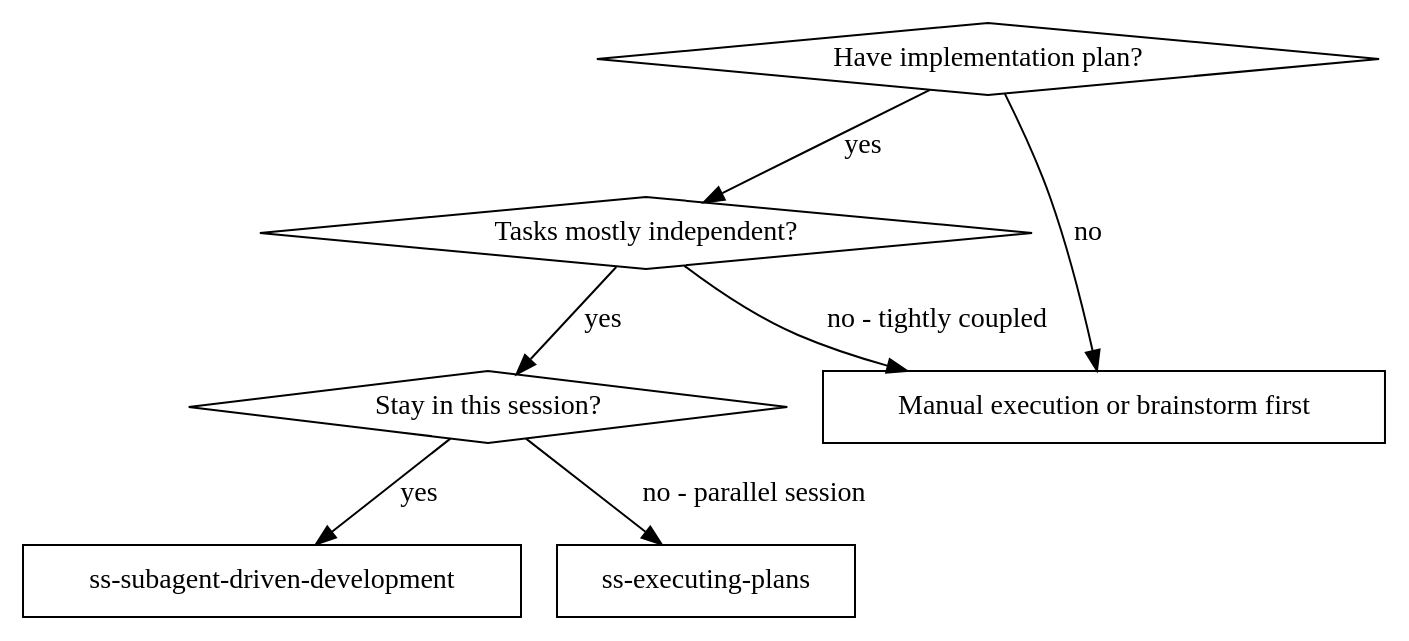
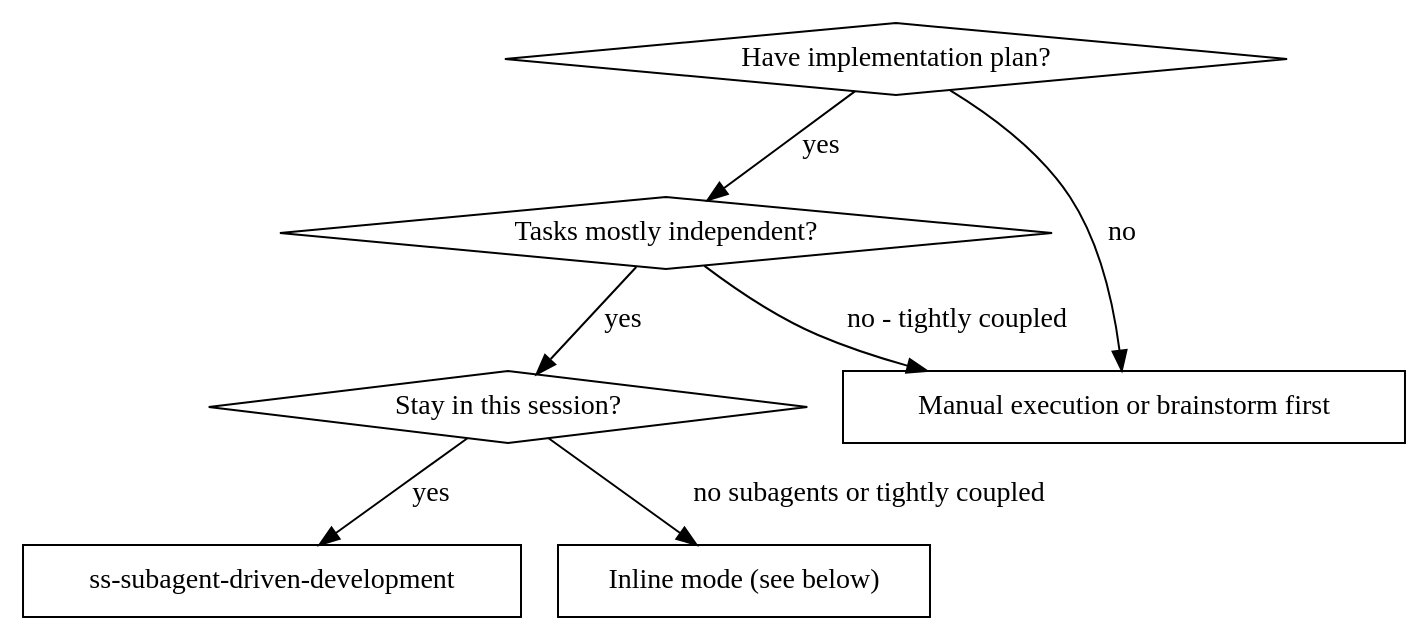
One commit to CoyoteLeo/superspec changed the first of 2 diagrams in skills/ss-subagent-driven-development/SKILL.md. Above: the diagram before and after it, drawn with Graphviz. The commit also changed other lines of this file, not shown here.

Commit message:
feat: absorb ss-executing-plans as inline mode in ss-subagent-driven-development

````diff
--- a/skills/ss-subagent-driven-development/SKILL.md
+++ b/skills/ss-subagent-driven-development/SKILL.md
@@ -20,17 +20,17 @@
 ```dot
 digraph when_to_use {
     "Have implementation plan?" [shape=diamond];
     "Tasks mostly independent?" [shape=diamond];
     "Stay in this session?" [shape=diamond];
     "ss-subagent-driven-development" [shape=box];
-    "ss-executing-plans" [shape=box];
+    "Inline mode (see below)" [shape=box];
     "Manual execution or brainstorm first" [shape=box];
 
     "Have implementation plan?" -> "Tasks mostly independent?" [label="yes"];
     "Have implementation plan?" -> "Manual execution or brainstorm first" [label="no"];
     "Tasks mostly independent?" -> "Stay in this session?" [label="yes"];
     "Tasks mostly independent?" -> "Manual execution or brainstorm first" [label="no - tightly coupled"];
     "Stay in this session?" -> "ss-subagent-driven-development" [label="yes"];
-    "Stay in this session?" -> "ss-executing-plans" [label="no - parallel session"];
+    "Stay in this session?" -> "Inline mode (see below)" [label="no subagents or tightly coupled"];
 }
 ```
````
